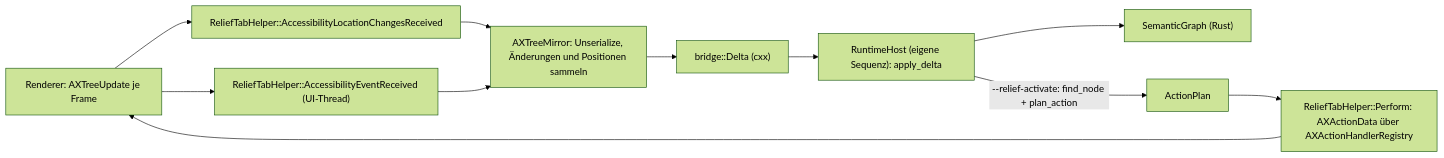
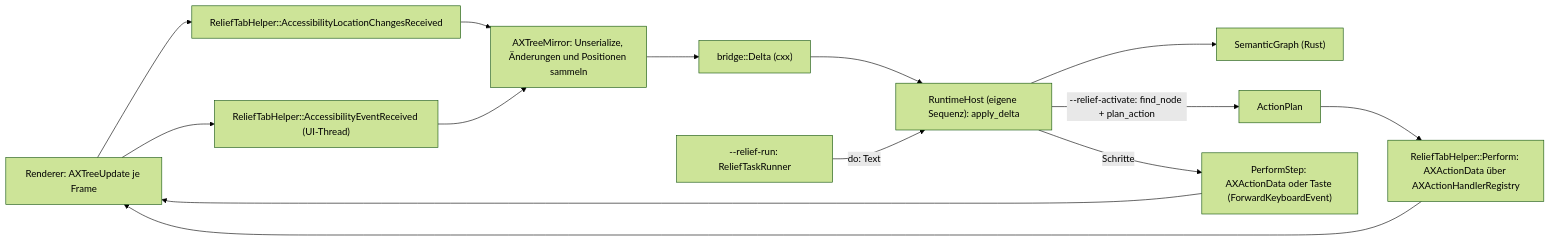
Before and after one commit to casoon/relief: the second of 3 diagrams in docs/architecture.md, drawn with Mermaid (forest theme). The commit also changed other lines of this file and 22 other files, not shown here.

First line of the commit message:
Paket 24: Aktionen im Fork über AXActionData

````diff
--- a/docs/architecture.md
+++ b/docs/architecture.md
@@ -138,9 +144,11 @@
 ```mermaid
 flowchart LR
   R["Renderer: AXTreeUpdate je Frame"] --> O["ReliefTabHelper::AccessibilityEventReceived (UI-Thread)"]
   R --> L["ReliefTabHelper::AccessibilityLocationChangesReceived"] --> M
   O --> M["AXTreeMirror: Unserialize, Änderungen und Positionen sammeln"] --> D["bridge::Delta (cxx)"]
   D --> H["RuntimeHost (eigene Sequenz): apply_delta"] --> G["SemanticGraph (Rust)"]
   H -->|"--relief-activate: find_node + plan_action"| P["ActionPlan"]
   P --> A["ReliefTabHelper::Perform: AXActionData über AXActionHandlerRegistry"] --> R
+  T["--relief-run: ReliefTaskRunner"] -->|"do: Text"| H
+  H -->|"Schritte"| S["PerformStep: AXActionData oder Taste (ForwardKeyboardEvent)"] --> R
 ```
````
